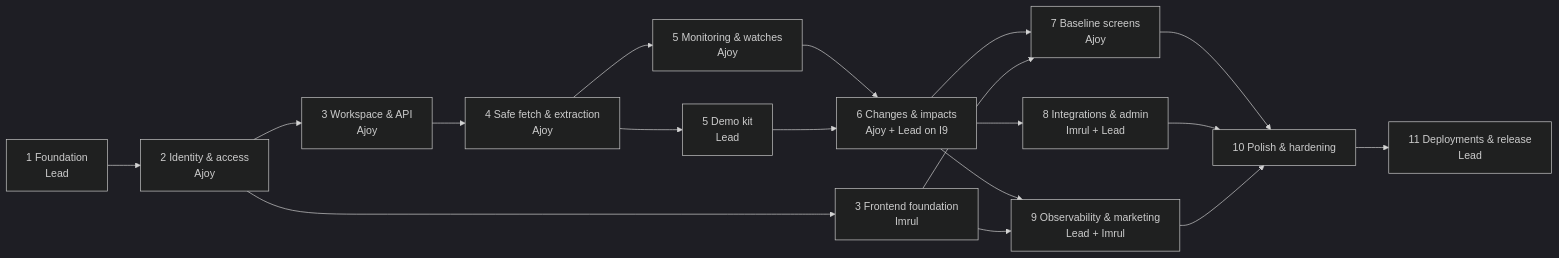
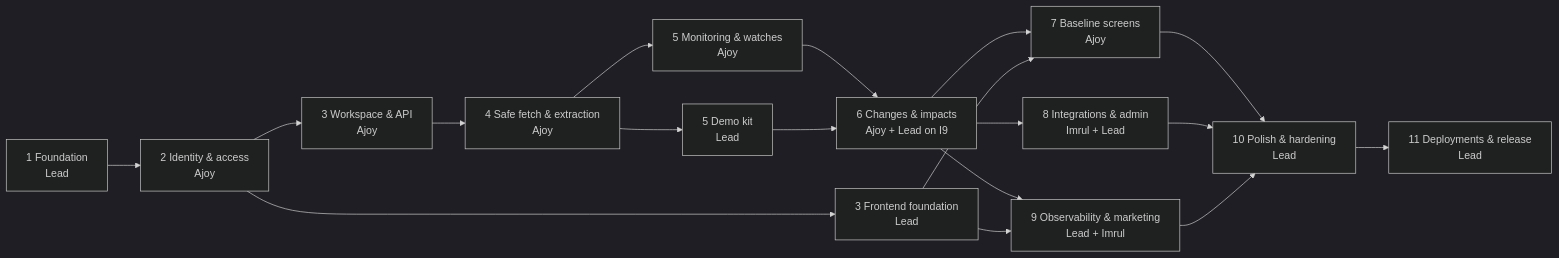
Before and after one commit to khalid999devs/SourceRipple: the diagram in docs/development/PHASE_PLAN.md, drawn with Mermaid (dark theme). The commit also changed other lines of this file and 9 other files, not shown here.

````diff
--- a/docs/development/PHASE_PLAN.md
+++ b/docs/development/PHASE_PLAN.md
@@ -31,20 +31,20 @@
 ```mermaid
 flowchart LR
   P1[1 Foundation<br/>Lead] --> P2[2 Identity & access<br/>Ajoy]
   P2 --> P3[3 Workspace & API<br/>Ajoy]
-  P2 --> P3F[3 Frontend foundation<br/>Imrul]
+  P2 --> P3F[3 Frontend foundation<br/>Lead]
   P3 --> P4[4 Safe fetch & extraction<br/>Ajoy]
   P4 --> P5[5 Monitoring & watches<br/>Ajoy]
   P4 --> P5D[5 Demo kit<br/>Lead]
   P5 --> P6[6 Changes & impacts<br/>Ajoy + Lead on I9]
   P5D --> P6
   P6 --> P7[7 Baseline screens<br/>Ajoy]
   P3F --> P7
   P6 --> P8[8 Integrations & admin<br/>Imrul + Lead]
   P6 --> P9[9 Observability & marketing<br/>Lead + Imrul]
   P3F --> P9
-  P7 --> P10[10 Polish & hardening]
+  P7 --> P10[10 Polish & hardening<br/>Lead]
   P8 --> P10
   P9 --> P10
   P10 --> P11[11 Deployments & release<br/>Lead]
 ```
````
